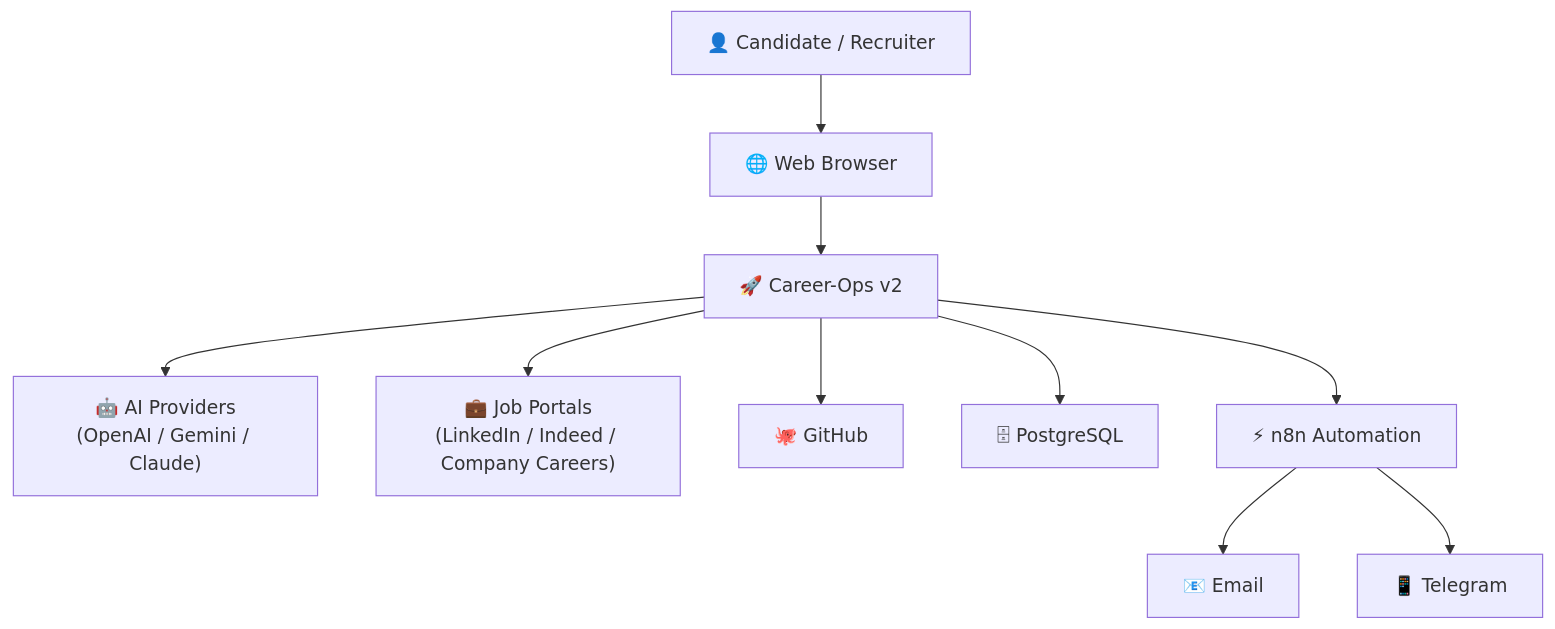
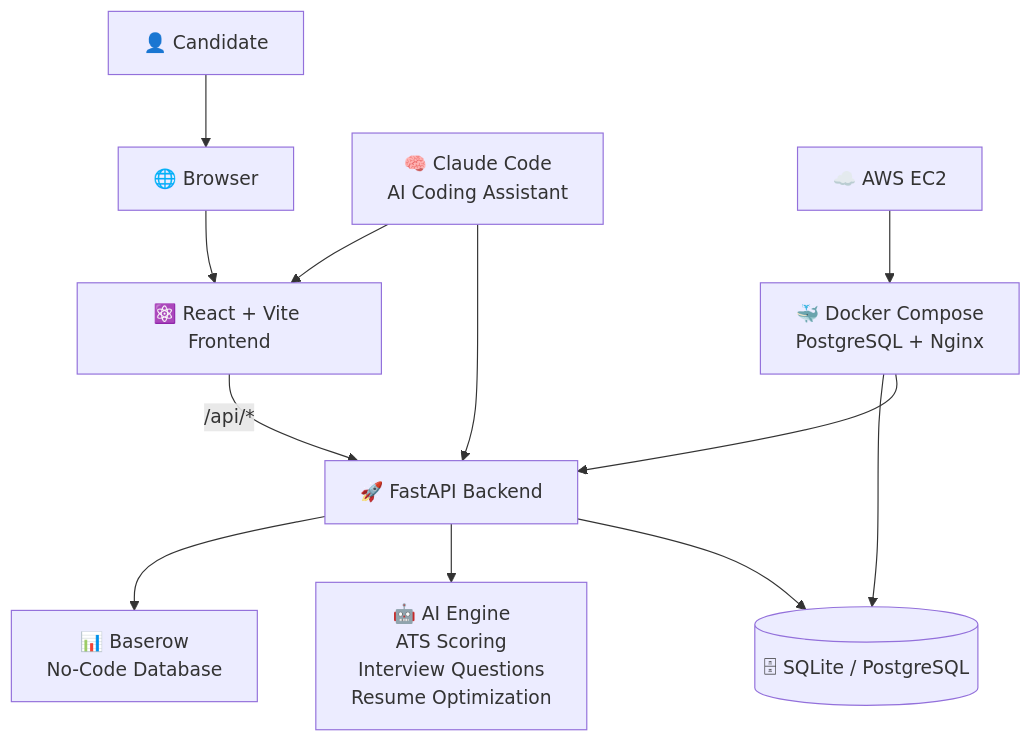
One commit to kmrgautam18-alt/career-ops-v2 changed the diagram in docs/diagrams/01-system-context.md. Above: the diagram before and after it, drawn with Mermaid. The commit also changed other lines of this file and 6 other files, not shown here.

First line of the commit message:
docs: update diagrams to reflect current project state

````diff
--- a/docs/diagrams/01-system-context.md
+++ b/docs/diagrams/01-system-context.md
@@ -17,43 +17,32 @@
 ```mermaid
 flowchart TD
 
-    User["👤 Candidate / Recruiter"]
-
-    Browser["🌐 Web Browser"]
-
-    CareerOps["🚀 Career-Ops v2"]
-
-    AI["🤖 AI Providers
-(OpenAI / Gemini / Claude)"]
-
-    JobSites["💼 Job Portals
-(LinkedIn / Indeed / Company Careers)"]
-
-    GitHub["🐙 GitHub"]
-
-    Email["📧 Email"]
-
-    Telegram["📱 Telegram"]
-
-    PostgreSQL["🗄 PostgreSQL"]
-
-    n8n["⚡ n8n Automation"]
+    User["👤 Candidate"]
+    Browser["🌐 Browser"]
+    Frontend["⚛️ React + Vite Frontend"]
+    Backend["🚀 FastAPI Backend"]
+    Database[(🗄 SQLite / PostgreSQL)]
+    AI["🤖 AI Engine
+ATS Scoring
+Interview Questions
+Resume Optimization"]
+    Baserow["📊 Baserow
+No-Code Database"]
+    ClaudeCode["🧠 Claude Code
+AI Coding Assistant"]
+    Docker["🐳 Docker Compose
+PostgreSQL + Nginx"]
+    EC2["☁️ AWS EC2"]
 
     User --> Browser
-
-    Browser --> CareerOps
-
-    CareerOps --> AI
-
-    CareerOps --> PostgreSQL
-
-    CareerOps --> n8n
-
-    CareerOps --> GitHub
-
-    CareerOps --> JobSites
-
-    n8n --> Email
-
-    n8n --> Telegram
+    Browser --> Frontend
+    Frontend -->|"/api/*"| Backend
+    Backend --> Database
+    Backend --> AI
+    Backend --> Baserow
+    Docker --> Backend
+    Docker --> Database
+    EC2 --> Docker
+    ClaudeCode --> Backend
+    ClaudeCode --> Frontend
 ```
````
